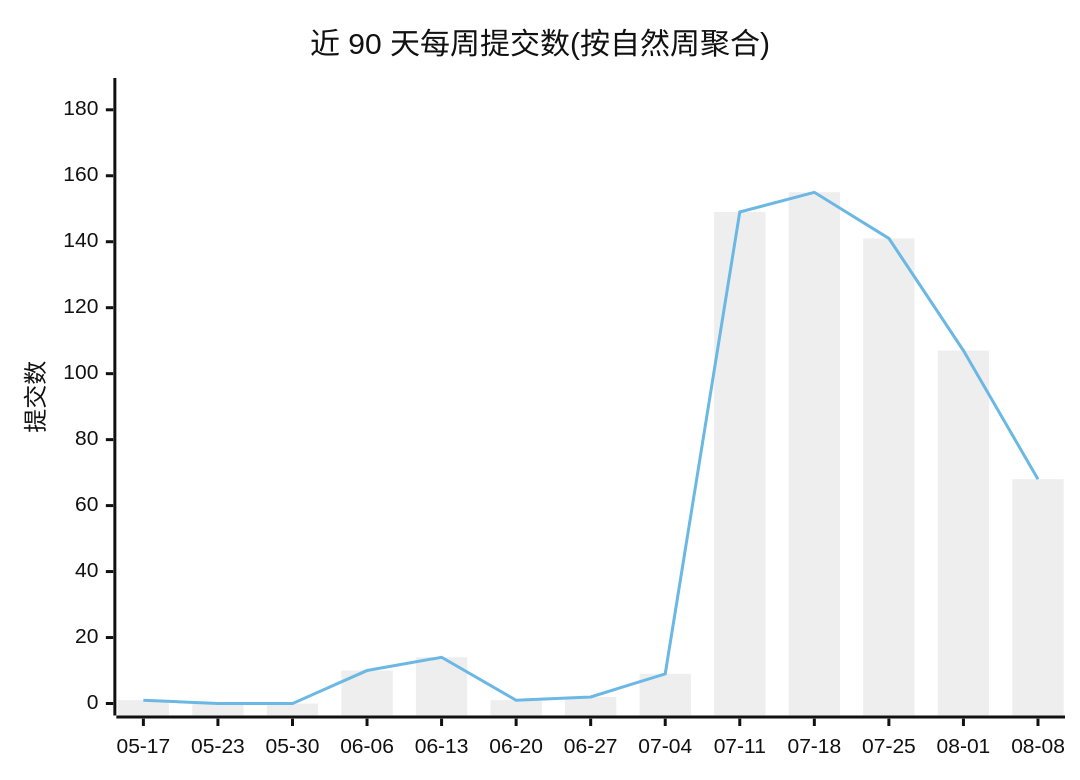
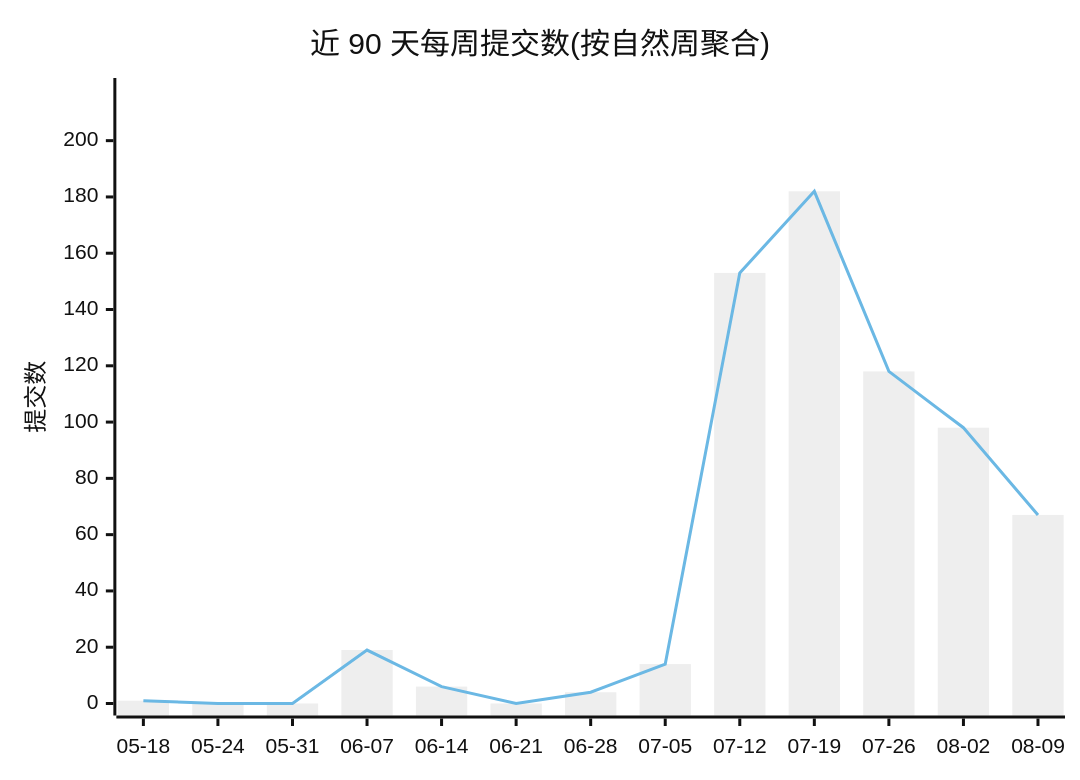
Before and after one commit to Conflux-Union/.github: the first of 2 diagrams in profile/README.md, drawn with Mermaid (neutral theme). The commit also changed other lines of this file and 1 other file, not shown here.

````diff
--- a/profile/README.md
+++ b/profile/README.md
@@ -44,8 +44,8 @@
 ```mermaid
 xychart-beta
     title "近 90 天每周提交数(按自然周聚合)"
-    x-axis ["05-17", "05-23", "05-30", "06-06", "06-13", "06-20", "06-27", "07-04", "07-11", "07-18", "07-25", "08-01", "08-08"]
-    y-axis "提交数" 0 --> 186
-    bar [1, 0, 0, 10, 14, 1, 2, 9, 149, 155, 141, 107, 68]
-    line [1, 0, 0, 10, 14, 1, 2, 9, 149, 155, 141, 107, 68]
+    x-axis ["05-18", "05-24", "05-31", "06-07", "06-14", "06-21", "06-28", "07-05", "07-12", "07-19", "07-26", "08-02", "08-09"]
+    y-axis "提交数" 0 --> 218
+    bar [1, 0, 0, 19, 6, 0, 4, 14, 153, 182, 118, 98, 67]
+    line [1, 0, 0, 19, 6, 0, 4, 14, 153, 182, 118, 98, 67]
 ```
````
